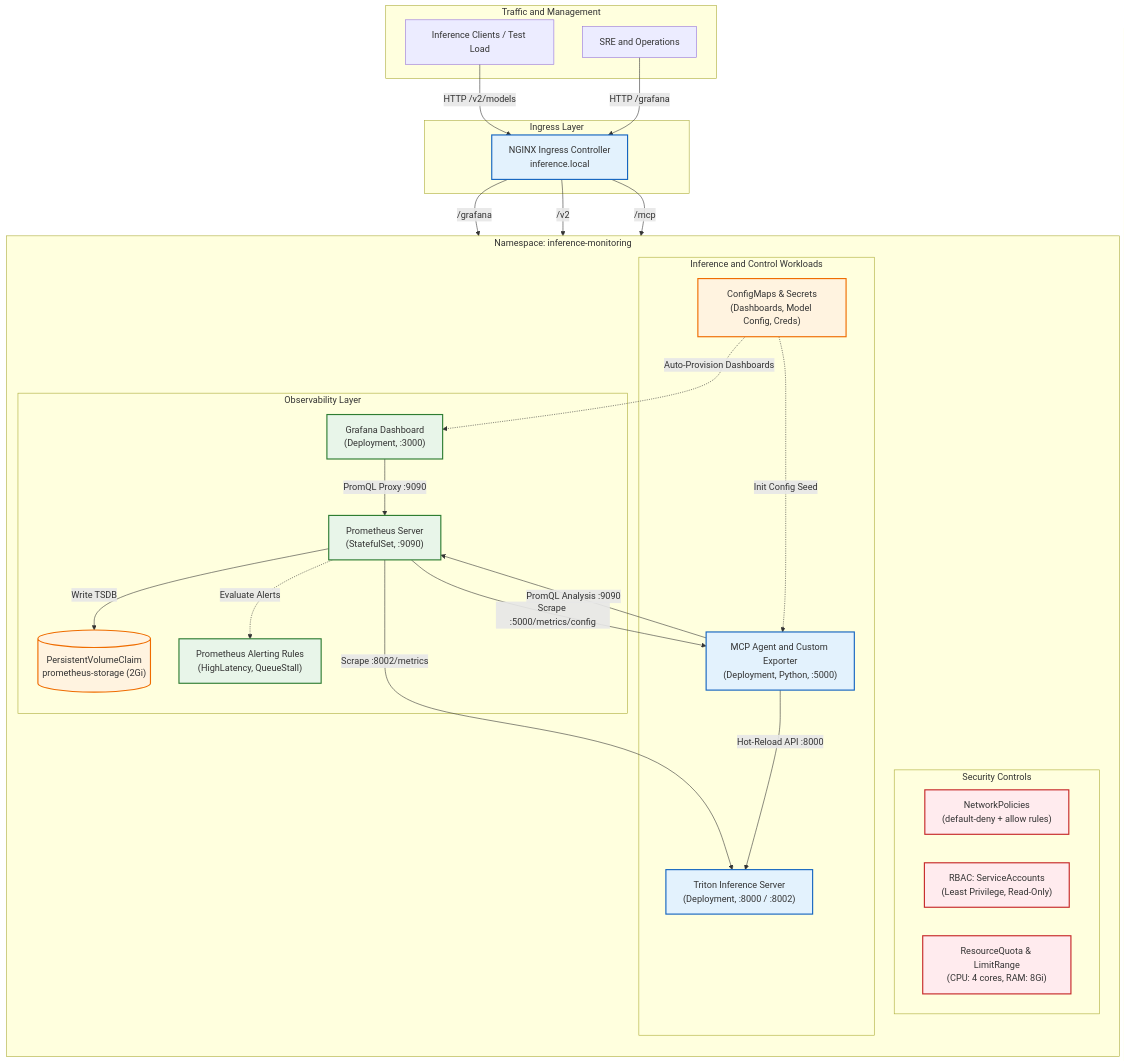
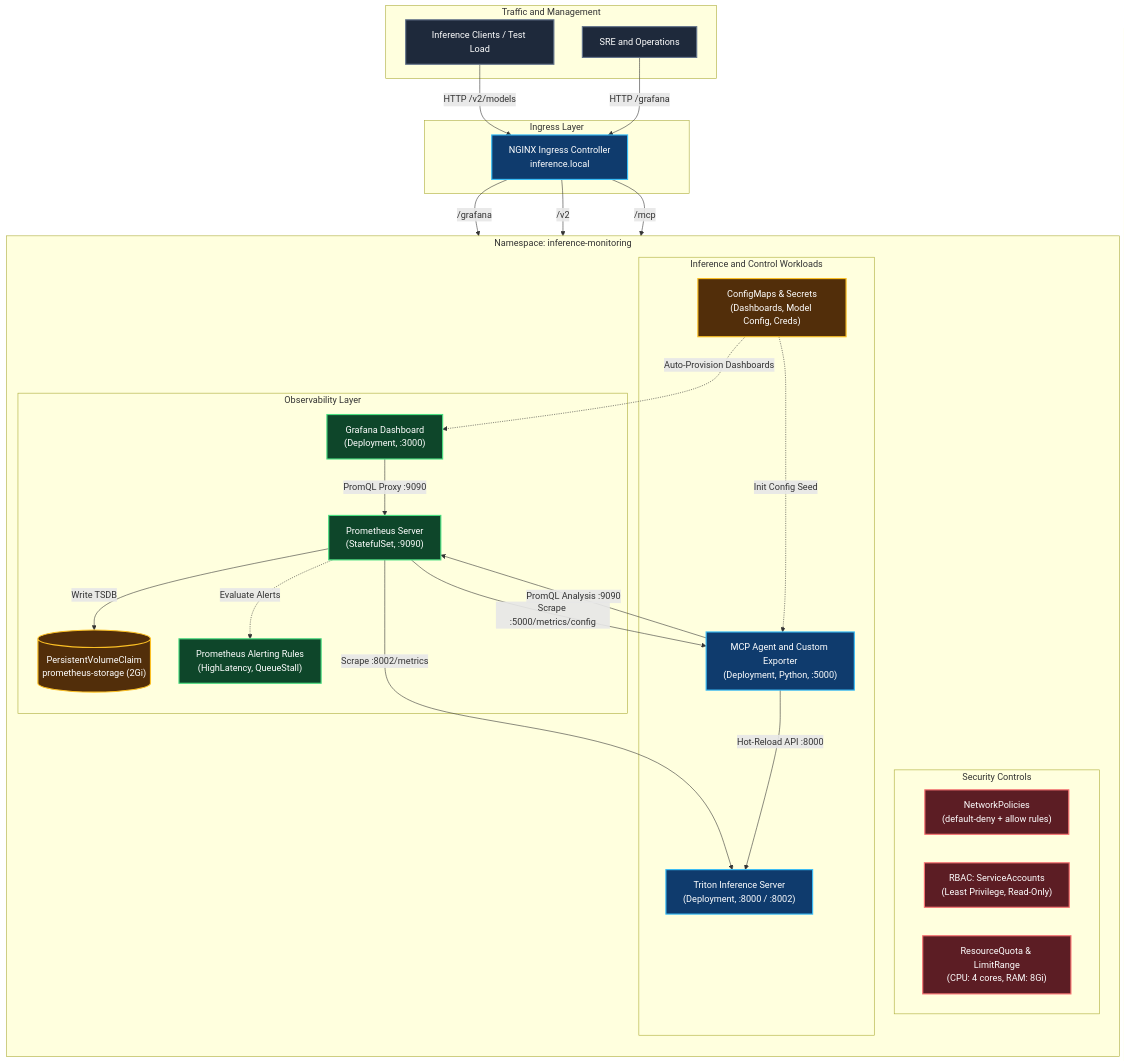
One commit to Shengan01/Inference-Server changed the diagram in README.md. Above: the diagram before and after it, drawn with Mermaid. The commit also changed 2 other files, not shown here.

Commit message:
fix mermaid diagram font contrast across documentation

````diff
--- a/README.md
+++ b/README.md
@@ -30,58 +30,60 @@
 ```mermaid
 flowchart TD
-    classDef sec fill:#ffebee,stroke:#c62828,stroke-width:2px;
-    classDef k8s fill:#e3f2fd,stroke:#1565c0,stroke-width:2px;
-    classDef obs fill:#e8f5e9,stroke:#2e7d32,stroke-width:2px;
-    classDef storage fill:#fff3e0,stroke:#ef6c00,stroke-width:2px;
+    classDef default fill:#1e293b,stroke:#475569,stroke-width:1.5px,color:#ffffff;
+    classDef client fill:#1e293b,stroke:#64748b,stroke-width:2px,color:#ffffff;
+    classDef k8s fill:#0f3b6d,stroke:#38bdf8,stroke-width:2px,color:#ffffff;
+    classDef obs fill:#0e462a,stroke:#4ade80,stroke-width:2px,color:#ffffff;
+    classDef sec fill:#5c1d24,stroke:#f87171,stroke-width:2px,color:#ffffff;
+    classDef storage fill:#522e0a,stroke:#fbbf24,stroke-width:2px,color:#ffffff;
 
     subgraph External ["Traffic and Management"]
-        USER["Inference Clients / Test Load"]
-        ADMIN["SRE and Operations"]
+        USER["Inference Clients / Test Load"]:::client
+        ADMIN["SRE and Operations"]:::client
     end
 
     subgraph IngressLayer ["Ingress Layer"]
         ING["NGINX Ingress Controller\ninference.local"]:::k8s
     end
 
     subgraph Cluster ["Namespace: inference-monitoring"]
         direction TB
 
         subgraph SecurityControls ["Security Controls"]
             NP["NetworkPolicies\n(default-deny + allow rules)"]:::sec
             RBAC["RBAC: ServiceAccounts\n(Least Privilege, Read-Only)"]:::sec
             QUOTA["ResourceQuota & LimitRange\n(CPU: 4 cores, RAM: 8Gi)"]:::sec
         end
 
         subgraph ObservabilityLayer ["Observability Layer"]
             PROM["Prometheus Server\n(StatefulSet, :9090)"]:::obs
             GRAF["Grafana Dashboard\n(Deployment, :3000)"]:::obs
             PVC[("PersistentVolumeClaim\nprometheus-storage (2Gi)")]:::storage
             RULES["Prometheus Alerting Rules\n(HighLatency, QueueStall)"]:::obs
         end
 
         subgraph CoreWorkloads ["Inference and Control Workloads"]
             TRITON["Triton Inference Server\n(Deployment, :8000 / :8002)"]:::k8s
             AGENT["MCP Agent and Custom Exporter\n(Deployment, Python, :5000)"]:::k8s
             CM["ConfigMaps & Secrets\n(Dashboards, Model Config, Creds)"]:::storage
         end
     end
 
     USER -->|HTTP /v2/models| ING
     ADMIN -->|HTTP /grafana| ING
 
     ING -->|/grafana| GRAF
     ING -->|/v2| TRITON
     ING -->|/mcp| AGENT
 
     PROM -->|Scrape :8002/metrics| TRITON
     PROM -->|Scrape :5000/metrics/config| AGENT
     PROM -->|Write TSDB| PVC
     PROM -.->|Evaluate Alerts| RULES
 
     GRAF -->|PromQL Proxy :9090| PROM
     AGENT -->|PromQL Analysis :9090| PROM
     AGENT -->|Hot-Reload API :8000| TRITON
 
     CM -.->|Auto-Provision Dashboards| GRAF
     CM -.->|Init Config Seed| AGENT
 ```
````
